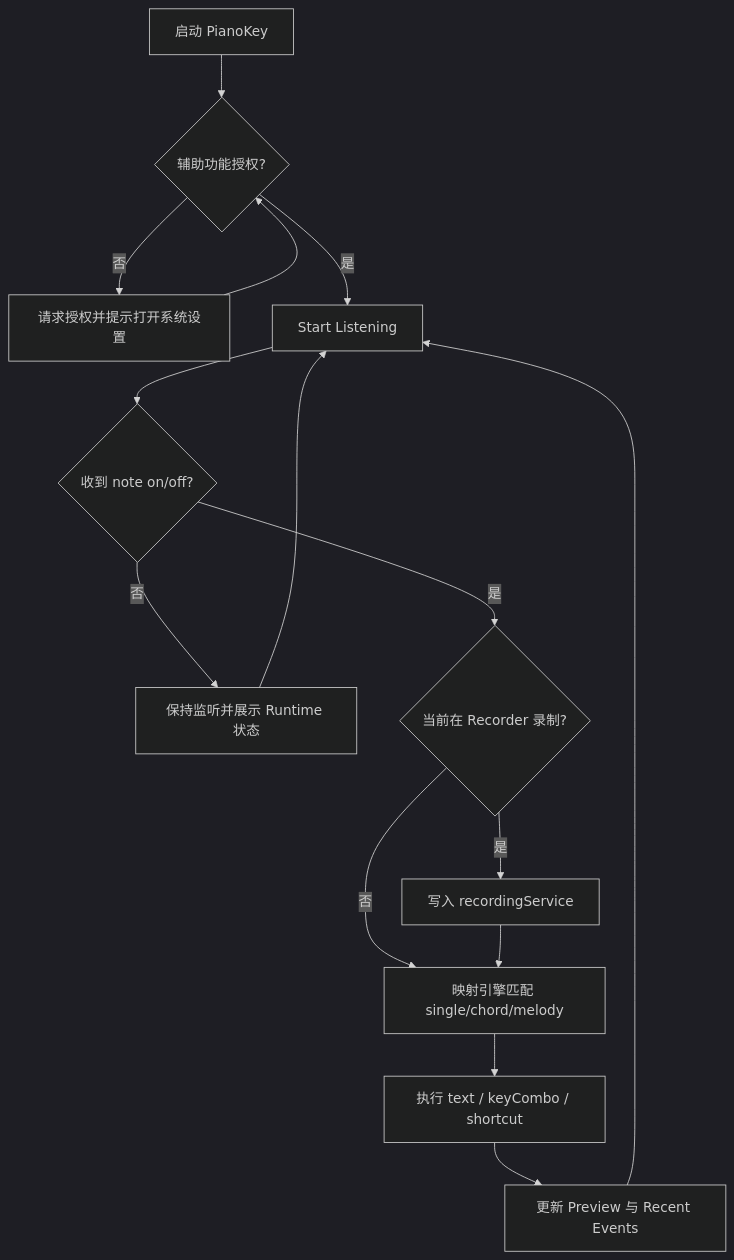
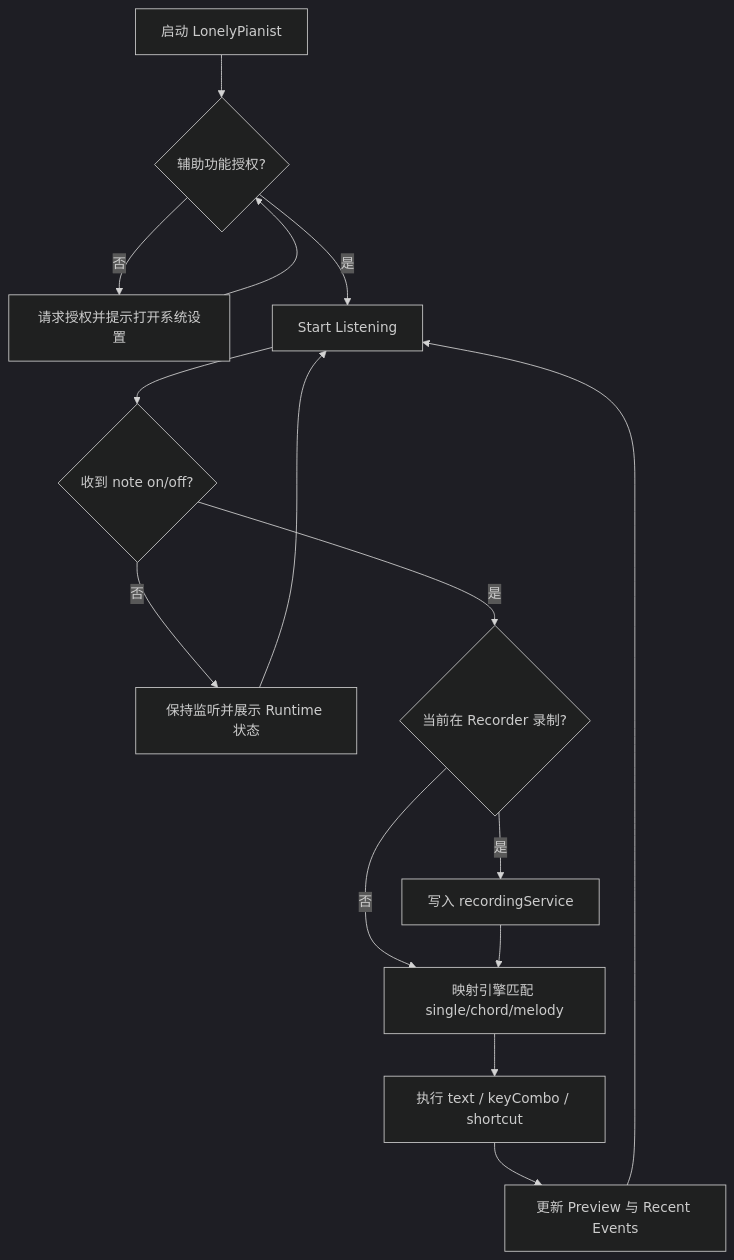
The diagram in .github/deepwiki/business-context.md (chiimagnus/HappyPianist), drawn with Mermaid (dark theme) before and after one commit. The commit also changed other lines of this file and 126 other files, not shown here.

````diff
--- a/.github/deepwiki/business-context.md
+++ b/.github/deepwiki/business-context.md
@@ -44,17 +44,17 @@
 ```mermaid
 flowchart TD
-  A[启动 PianoKey] --> B{辅助功能授权?}
+  A[启动 LonelyPianist] --> B{辅助功能授权?}
   B -- 否 --> C[请求授权并提示打开系统设置]
   C --> B
   B -- 是 --> D[Start Listening]
   D --> E{收到 note on/off?}
   E -- 否 --> F[保持监听并展示 Runtime 状态]
   F --> D
   E -- 是 --> G{当前在 Recorder 录制?}
   G -- 是 --> H[写入 recordingService]
   G -- 否 --> I[映射引擎匹配 single/chord/melody]
   H --> I
   I --> J[执行 text / keyCombo / shortcut]
   J --> K[更新 Preview 与 Recent Events]
   K --> D
 ```
````
